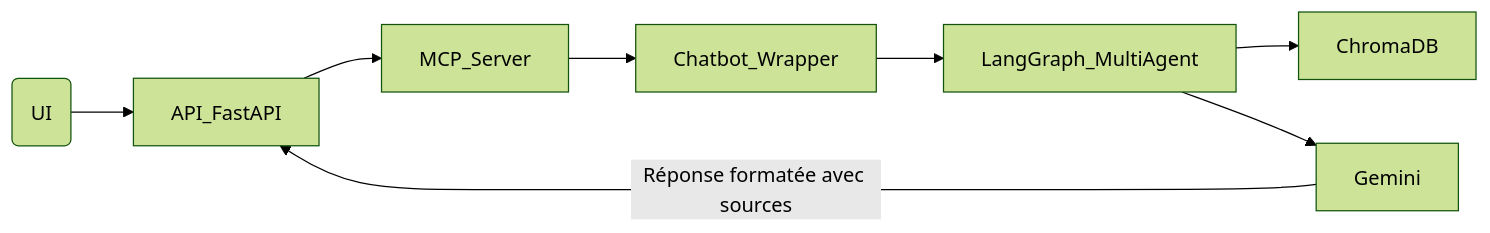
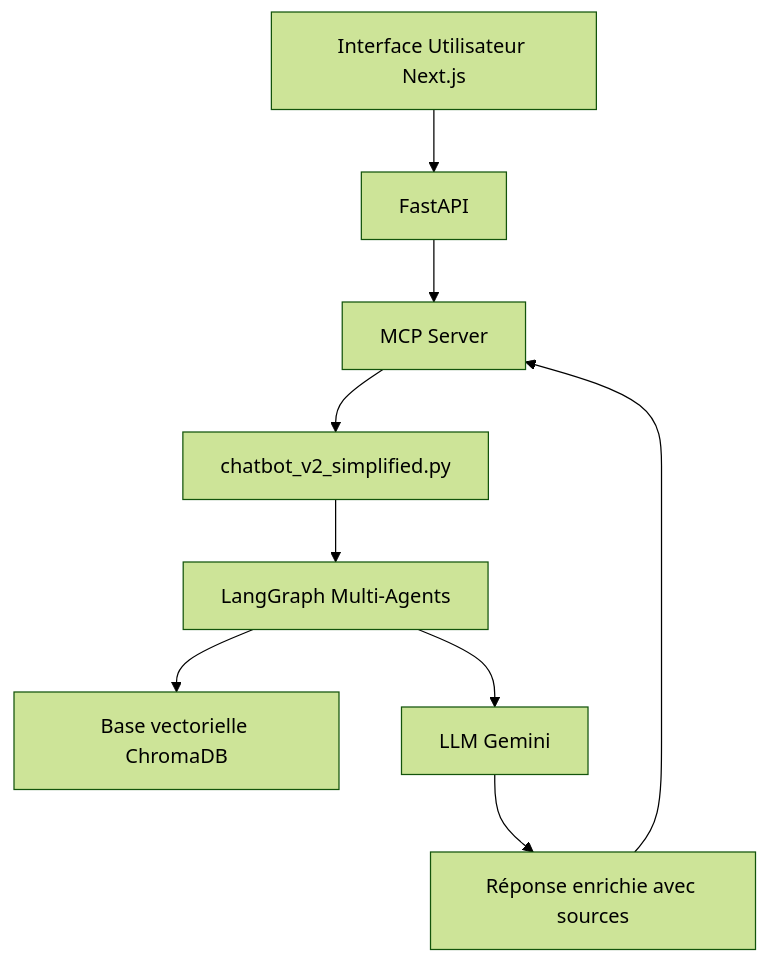
One commit to A2SIA-AA/Chatbot_AMDIE changed the diagram in chatbot_maroc/backend_python/README_backend.md. Above: the diagram before and after it, drawn with Mermaid (forest theme). The commit also changed other lines of this file and 76 other files, not shown here.

````diff
--- a/chatbot_maroc/backend_python/README_backend.md
+++ b/chatbot_maroc/backend_python/README_backend.md
@@ -73,10 +127,11 @@
 ```mermaid
-graph LR
-    Interface(UI) --> API_FastAPI
-    API_FastAPI --> MCP_Server
-    MCP_Server --> Chatbot_Wrapper
-    Chatbot_Wrapper --> LangGraph_MultiAgent
-    LangGraph_MultiAgent --> ChromaDB
-    LangGraph_MultiAgent --> Gemini
-    Gemini -->|Réponse formatée avec sources| API_FastAPI
+graph TD
+  UI[Interface Utilisateur Next.js] --> API[FastAPI]
+  API --> MCP[MCP Server]
+  MCP --> Wrapper[chatbot_v2_simplified.py]
+  Wrapper --> LangGraph[LangGraph Multi-Agents]
+  LangGraph --> Chroma[Base vectorielle ChromaDB]
+  LangGraph --> Gemini[LLM Gemini]
+  Gemini --> Résultat[Réponse enrichie avec sources]
+  Résultat --> MCP
 ```
````
